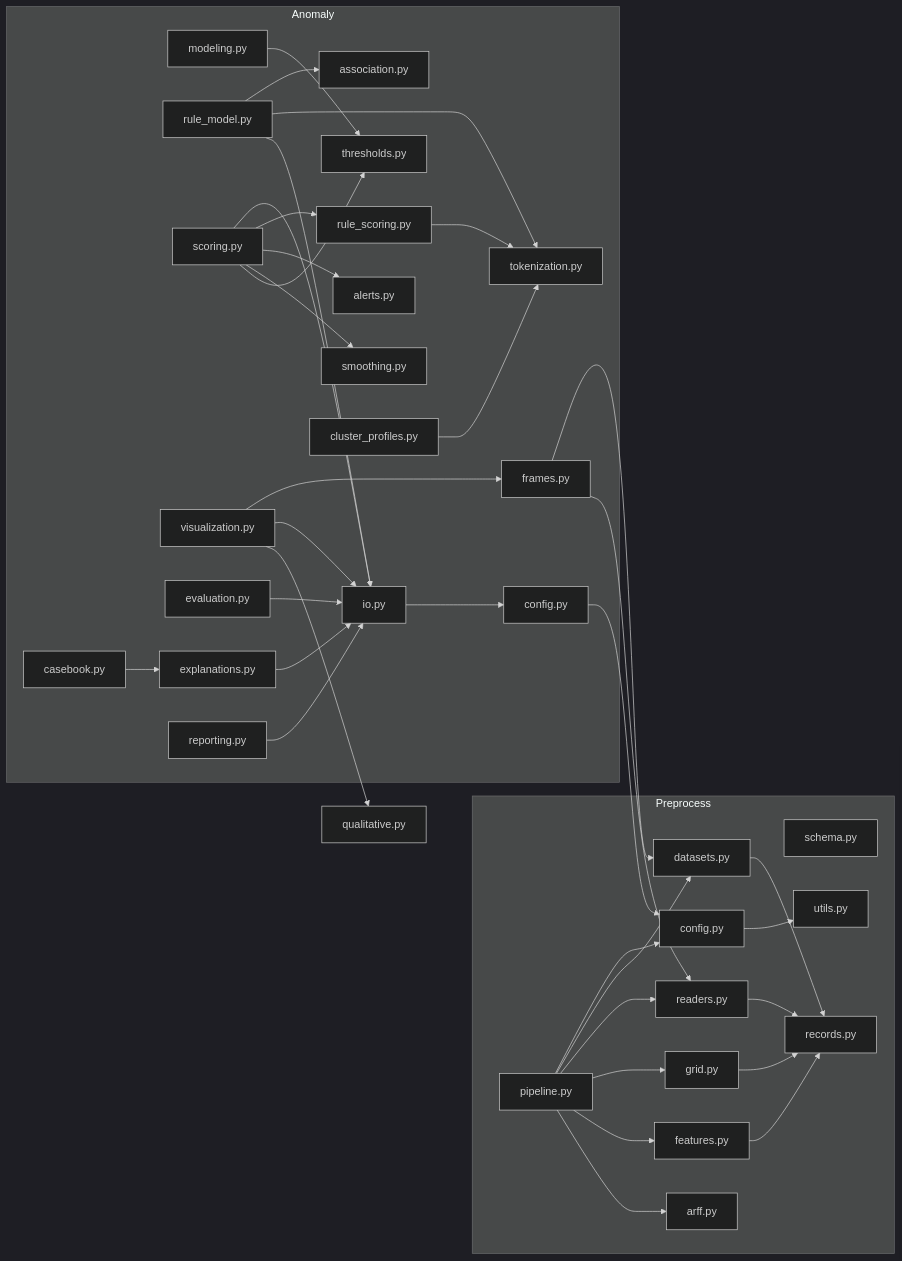
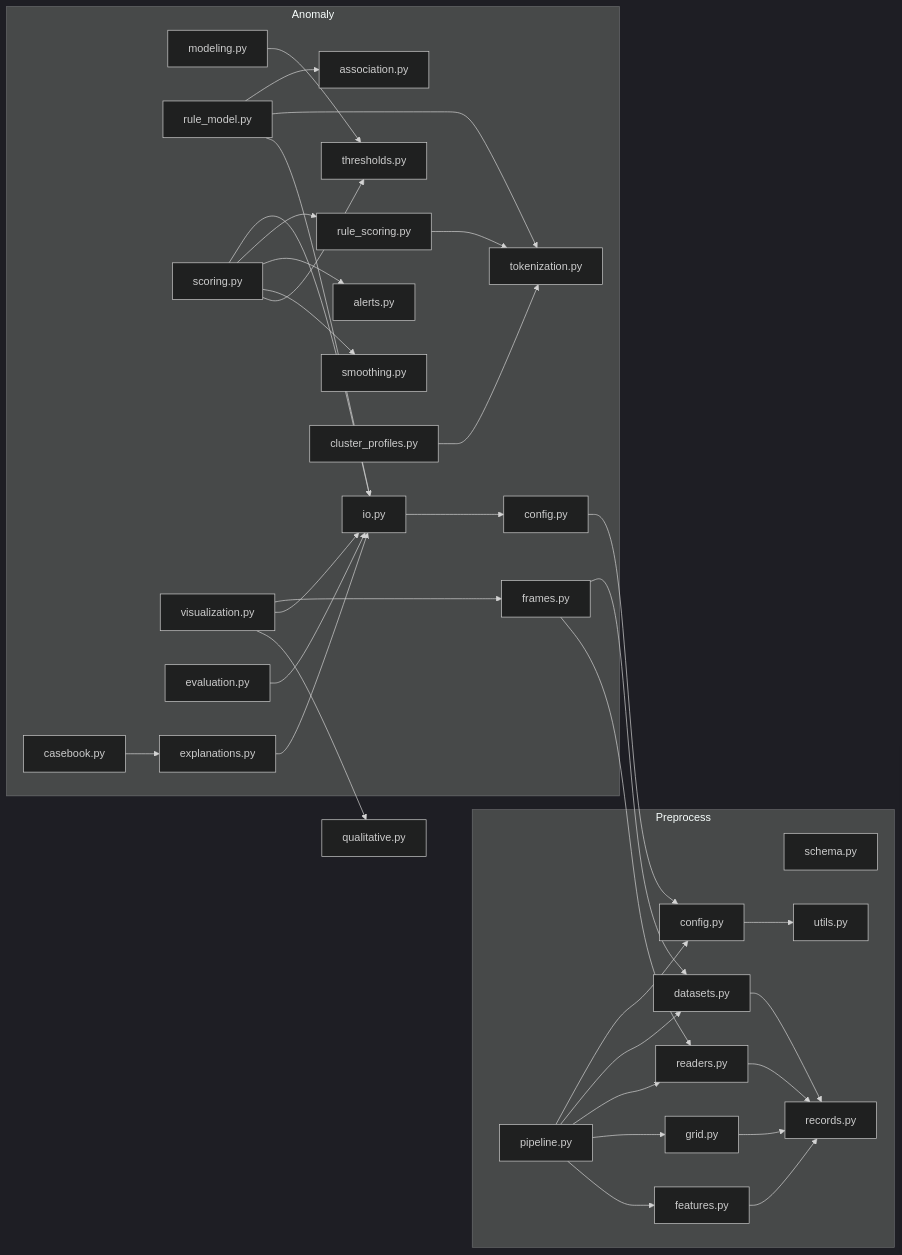
The seventh of 8 diagrams in src/doc/code_mindmap.md (phillnolan/BTL-KPDL), drawn with Mermaid (dark theme) before and after one commit. The commit also changed other lines of this file and 56 other files, not shown here.

````diff
--- a/src/doc/code_mindmap.md
+++ b/src/doc/code_mindmap.md
@@ -486,71 +449,67 @@
 ```mermaid
 flowchart LR
     subgraph P["Preprocess"]
       PC["config.py"]
       PD["datasets.py"]
       PR["readers.py"]
       PG["grid.py"]
       PF["features.py"]
       PP["pipeline.py"]
-      PA["arff.py"]
       PS["schema.py"]
       PU["utils.py"]
       PREC["records.py"]
     end
 
     subgraph A["Anomaly"]
       AC["config.py"]
       AI["io.py"]
       AM["modeling.py"]
       AT["thresholds.py"]
       AR["rule_model.py"]
       AAS["association.py"]
       ATO["tokenization.py"]
       AS["scoring.py"]
       ASC["rule_scoring.py"]
       AA["alerts.py"]
       ASM["smoothing.py"]
       AV["visualization.py"]
       AF["frames.py"]
       AE["evaluation.py"]
       ACP["cluster_profiles.py"]
       AX["explanations.py"]
       ACK["casebook.py"]
-      AREP["reporting.py"]
     end
 
     PP --> PC
     PP --> PD
     PP --> PR
     PP --> PG
     PP --> PF
-    PP --> PA
     PD --> PREC
     PR --> PREC
     PG --> PREC
     PF --> PREC
     PC --> PU
 
     AC --> PC
     AI --> AC
     AM --> AT
     AR --> AAS
     AR --> ATO
     AR --> AI
     AS --> AI
     AS --> ASC
     AS --> AA
     AS --> ASM
     AS --> AT
     ASC --> ATO
     AV --> AF
     AV --> AI
     AV --> AQUAL["qualitative.py"]
     AF --> PD
     AF --> PR
     AE --> AI
     ACP --> ATO
     AX --> AI
     ACK --> AX
-    AREP --> AI
 ```
````
